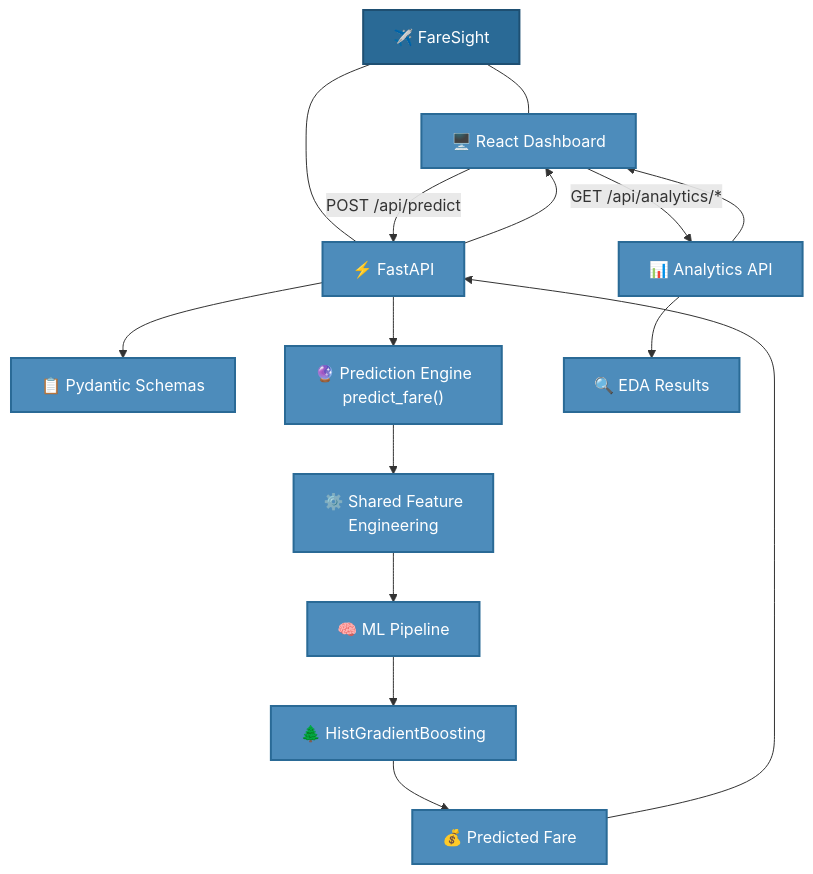
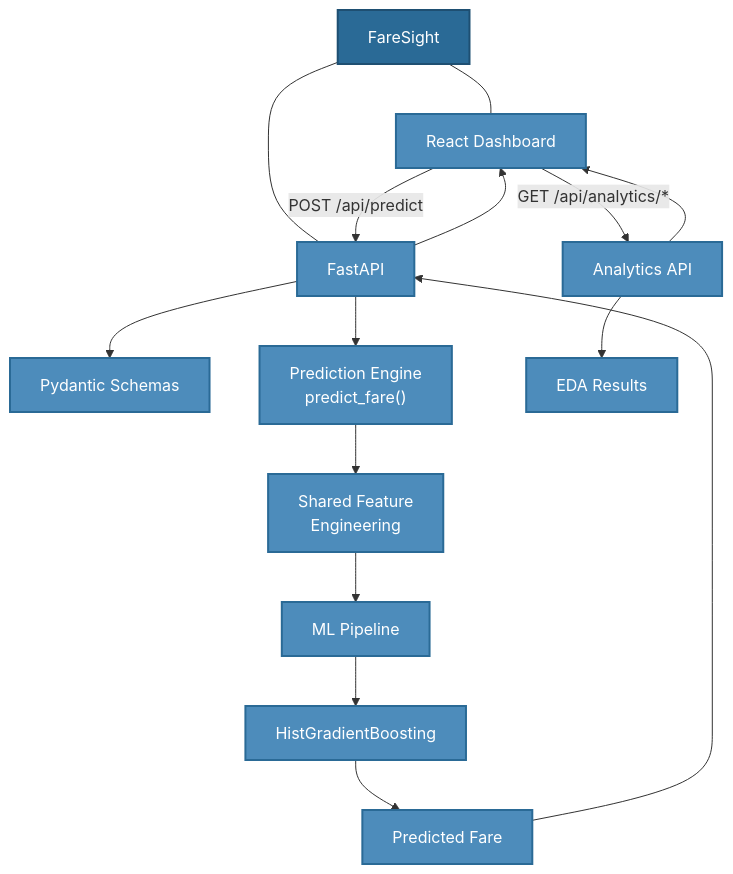
The diagram in README.md (buildwithsoumya/FareSight), drawn with Mermaid before and after one commit. The commit also changed other lines of this file, not shown here.

````diff
--- a/README.md
+++ b/README.md
@@ -62,34 +62,34 @@
 ```mermaid
 flowchart TD
-    FS["✈️ FareSight"]
-    UI["🖥️ React Dashboard"]
-    API["⚡ FastAPI"]
-    SCHEMAS["📋 Pydantic Schemas"]
-    PE["🔮 Prediction Engine<br/>predict_fare()"]
-    FE["⚙️ Shared Feature<br/>Engineering"]
-    ML["🧠 ML Pipeline"]
-    HGB["🌲 HistGradientBoosting"]
-    PRED["💰 Predicted Fare"]
-    ANA["📊 Analytics API"]
-    EDA["🔍 EDA Results"]
+    FS["FareSight"]
+    UI["React Dashboard"]
+    API["FastAPI"]
+    SCHEMAS["Pydantic Schemas"]
+    PE["Prediction Engine<br/>predict_fare()"]
+    FE["Shared Feature<br/>Engineering"]
+    ML["ML Pipeline"]
+    HGB["HistGradientBoosting"]
+    PRED["Predicted Fare"]
+    ANA["Analytics API"]
+    EDA["EDA Results"]
 
     FS --- UI
     FS --- API
     UI -->|"POST /api/predict"| API
     UI -->|"GET /api/analytics/*"| ANA
     API --> SCHEMAS
     API --> PE
     PE --> FE
     FE --> ML
     ML --> HGB
     HGB --> PRED
     PRED --> API
     API --> UI
     ANA --> EDA
     ANA --> UI
 
     classDef core fill:#2a6a96,color:#ffffff,stroke:#1e4f72,stroke-width:2px;
     classDef flow fill:#4d8cbb,color:#ffffff,stroke:#2a6a96,stroke-width:2px;
     class FS core;
     class UI,API,SCHEMAS,PE,FE,ML,HGB,PRED,ANA,EDA flow;
 ```
````
